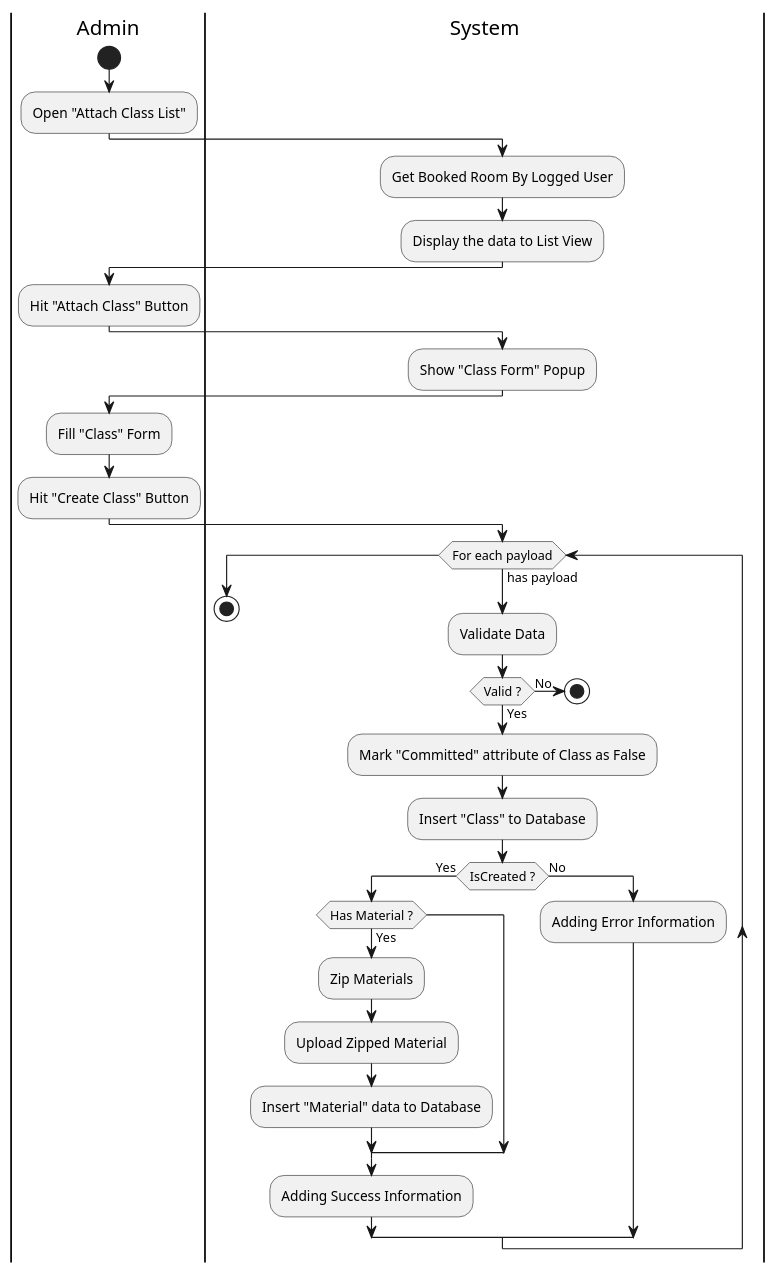
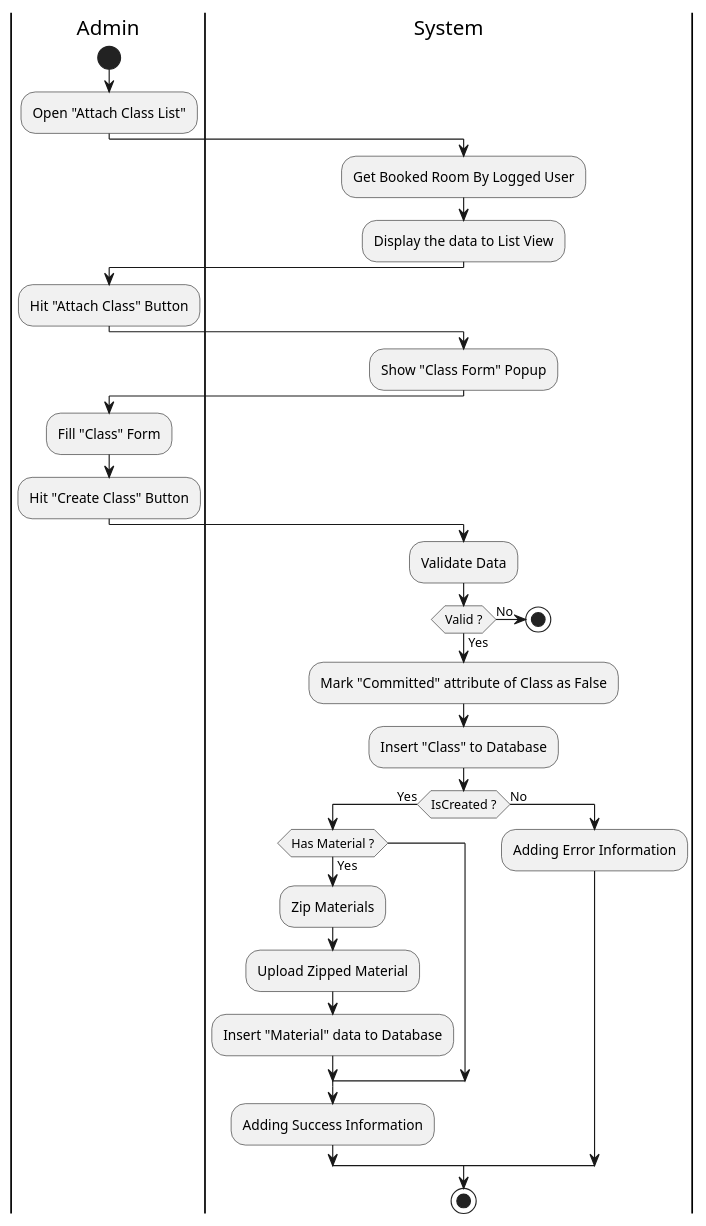
One commit to fwidjaya20/fazzlearning-uml changed the diagram in Activity/Release01/BookingClass.wsd. Above: the diagram before and after it, drawn with PlantUML. The commit also changed 7 other files, not shown here.

Commit message:
activity: update delete class and event flow

```diff
--- a/Activity/Release01/BookingClass.wsd
+++ b/Activity/Release01/BookingClass.wsd
@@ -1,48 +1,46 @@
 @startuml BookingClass
 
 skinparam ConditionEndStyle hline
 skinparam Monochrome true
 skinparam Shadowing false
 
 |Admin|
 start
 :Open "Attach Class List";
 
 |System|
 :Get Booked Room By Logged User;
 :Display the data to List View;
 
 |Admin|
 :Hit "Attach Class" Button;
 
 |System|
 :Show "Class Form" Popup;
 
 |Admin|
 :Fill "Class" Form;
 :Hit "Create Class" Button;
 
 |System|
-while (For each payload) is (has payload)
-    :Validate Data;
+:Validate Data;
 
-    if (Valid ?) then (Yes)
-        :Mark "Committed" attribute of Class as False;
-        :Insert "Class" to Database;
-        if (IsCreated ?) then (Yes)
-            if (Has Material ?) then (Yes)
-                :Zip Materials;
-                :Upload Zipped Material;
-                :Insert "Material" data to Database;
-            endif
-            :Adding Success Information;
-        else (No)
-            :Adding Error Information;
+if (Valid ?) then (Yes)
+    :Mark "Committed" attribute of Class as False;
+    :Insert "Class" to Database;
+    if (IsCreated ?) then (Yes)
+        if (Has Material ?) then (Yes)
+            :Zip Materials;
+            :Upload Zipped Material;
+            :Insert "Material" data to Database;
         endif
+        :Adding Success Information;
     else (No)
-        stop
+        :Adding Error Information;
     endif
-endwhile
+else (No)
+    stop
+endif
 stop
 
 @enduml
```
